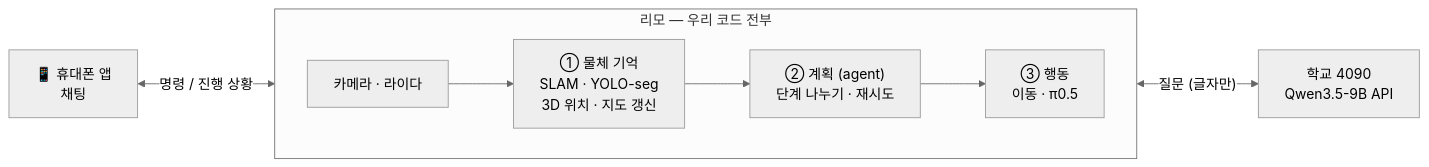
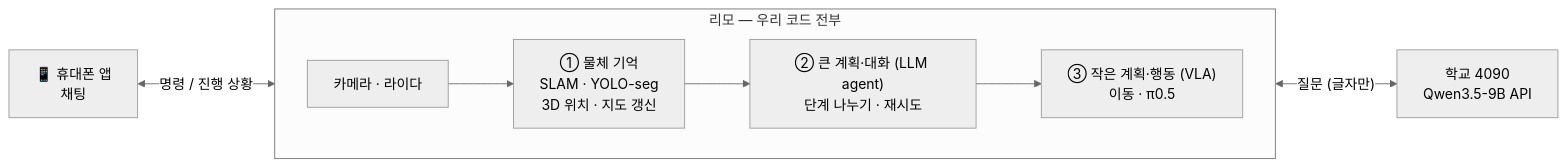
One commit to juyoung020/robot-agent changed the diagram in docs/plan.md. Above: the diagram before and after it, drawn with Mermaid (neutral theme). The commit also changed other lines of this file and 3 other files, not shown here.

Commit message:
docs: ② 큰 계획·대화 (LLM), ③ 작은 계획·행동 (VLA) 로 역할 이름 정리

````diff
--- a/docs/plan.md
+++ b/docs/plan.md
@@ -15,13 +15,13 @@
 ```mermaid
 flowchart LR
     APP["📱 휴대폰 앱<br/>채팅"]
     subgraph LIMO["리모 — 우리 코드 전부"]
         direction LR
         S["카메라 · 라이다"] --> M["① 물체 기억<br/>SLAM · YOLO-seg<br/>3D 위치 · 지도 갱신"]
-        M --> A["② 계획 (agent)<br/>단계 나누기 · 재시도"]
-        A --> V["③ 행동<br/>이동 · π0.5"]
+        M --> A["② 큰 계획·대화 (LLM agent)<br/>단계 나누기 · 재시도"]
+        A --> V["③ 작은 계획·행동 (VLA)<br/>이동 · π0.5"]
     end
     Q["학교 4090<br/>Qwen3.5-9B API"]
     APP <-->|"명령 / 진행 상황"| A
     A <-->|"질문 (글자만)"| Q
 ```
````
